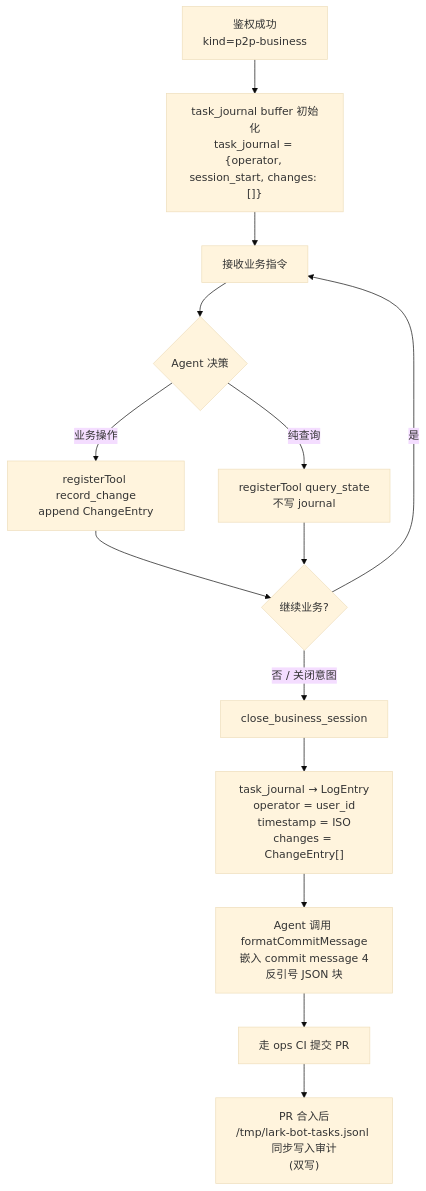
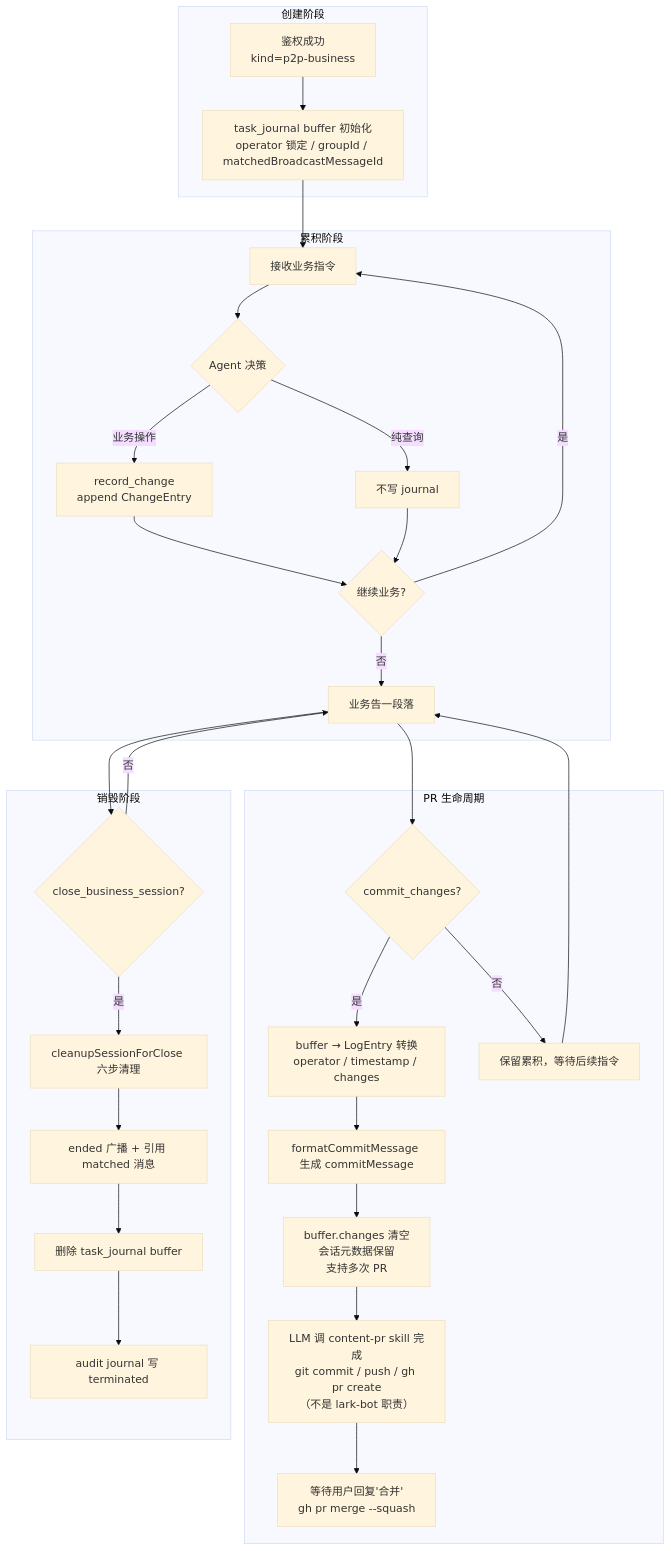
One commit to mmw-devs/ffxiv-race-stats changed the fifth of 5 diagrams in docs/lark-bot-business-flow.md. Above: the diagram before and after it, drawn with Mermaid (base theme). The commit also changed other lines of this file, not shown here.

First line of the commit message:
docs(lark-bot): 业务流图拆分提交 PR 与结束任务两个分支

````diff
--- a/docs/lark-bot-business-flow.md
+++ b/docs/lark-bot-business-flow.md
@@ -138,16 +150,34 @@
 ```mermaid
 flowchart TD
-    Start[鉴权成功<br/>kind=p2p-business] --> Init["task_journal buffer 初始化<br/>task_journal = {operator, session_start, changes: []}"]
-    Init --> Recv[接收业务指令]
-    Recv --> Decide{Agent 决策}
-    Decide -->|业务操作| Record[registerTool record_change<br/>append ChangeEntry]
-    Decide -->|纯查询| Query[registerTool query_state<br/>不写 journal]
-    Record --> More{继续业务?}
-    Query --> More
-    More -->|是| Recv
-    More -->|否 / 关闭意图| Close[close_business_session]
-    Close --> Convert["task_journal → LogEntry<br/>operator = user_id<br/>timestamp = ISO<br/>changes = ChangeEntry[]"]
-    Convert --> Embed["Agent 调用 formatCommitMessage<br/>嵌入 commit message 4反引号 JSON 块"]
-    Embed --> CI[走 ops CI 提交 PR]
-    CI --> Audit["PR 合入后<br/>/tmp/lark-bot-tasks.jsonl 同步写入审计<br/>(双写)"]
+    subgraph 创建阶段
+        S1[鉴权成功<br/>kind=p2p-business] --> S2["task_journal buffer 初始化<br/>operator 锁定 / groupId / matchedBroadcastMessageId"]
+    end
+    subgraph 累积阶段
+        S2 --> S3[接收业务指令]
+        S3 --> S4{Agent 决策}
+        S4 -->|业务操作| S5[record_change<br/>append ChangeEntry]
+        S4 -->|纯查询| S6[不写 journal]
+        S5 --> S7{继续业务?}
+        S6 --> S7
+        S7 -->|是| S3
+        S7 -->|否| Done[业务告一段落]
+    end
+    subgraph 提交阶段[PR 生命周期]
+        Done --> Commit{commit_changes?}
+        Commit -->|是| C1[buffer → LogEntry 转换<br/>operator / timestamp / changes]
+        C1 --> C2[formatCommitMessage 生成 commitMessage]
+        C2 --> C3["buffer.changes 清空<br/>会话元数据保留<br/>支持多次 PR"]
+        C3 --> C4[LLM 调 content-pr skill 完成<br/>git commit / push / gh pr create<br/>（不是 lark-bot 职责）]
+        C4 --> C5[等待用户回复'合并'<br/>gh pr merge --squash]
+        Commit -->|否| Stay[保留累积，等待后续指令]
+        Stay --> Done
+    end
+    subgraph 销毁阶段
+        Done --> Close{close_business_session?}
+        Close -->|是| D1[cleanupSessionForClose 六步清理]
+        D1 --> D2[ended 广播 + 引用 matched 消息]
+        D2 --> D3[删除 task_journal buffer]
+        D3 --> D4[audit journal 写 terminated]
+        Close -->|否| Done
+    end
 ```
````
